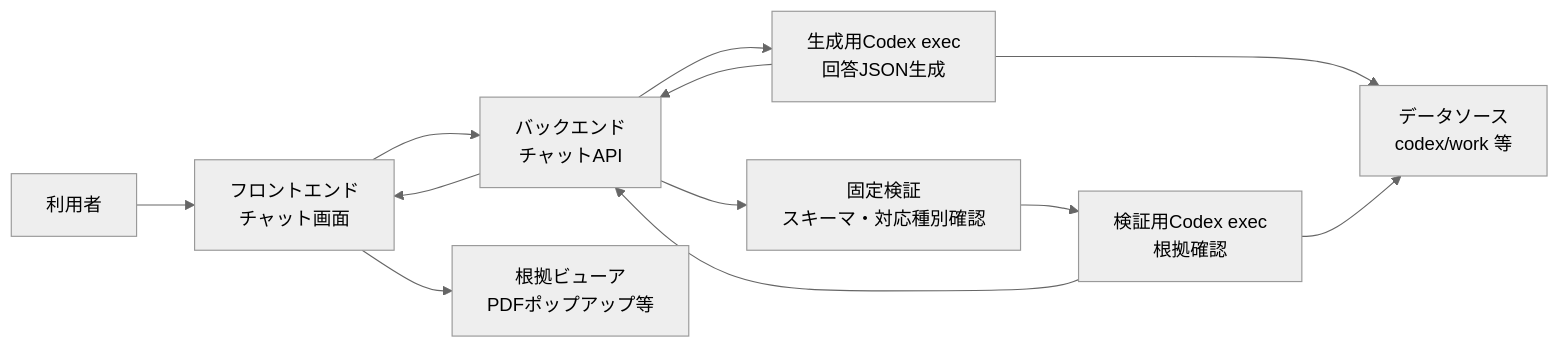
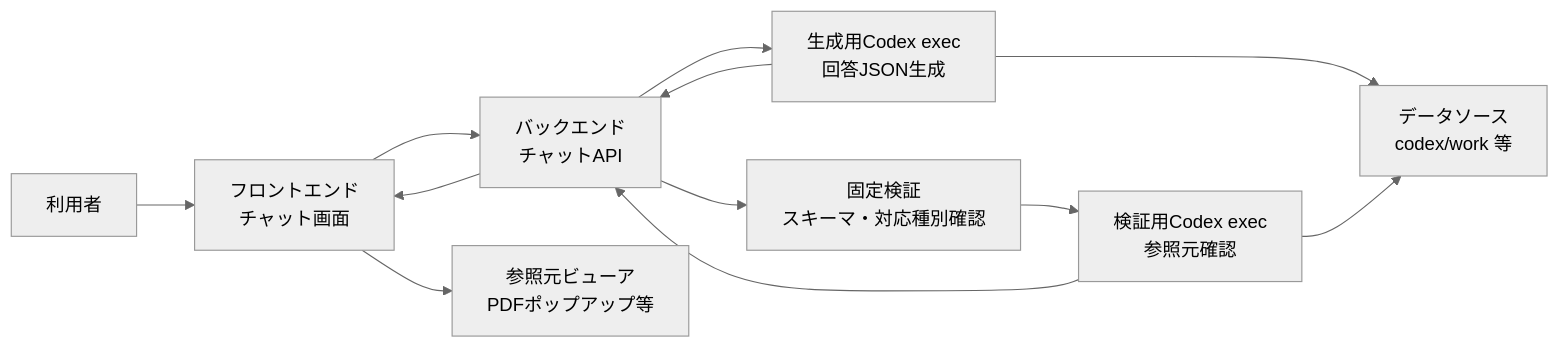
Before and after one commit to mincsys/D-Concierge: the first of 3 diagrams in docs/01_要件定義/MVP要件定義.md, drawn with Mermaid (neutral theme). The commit also changed other lines of this file and 5 other files, not shown here.

````diff
--- a/docs/01_要件定義/MVP要件定義.md
+++ b/docs/01_要件定義/MVP要件定義.md
@@ -86,14 +86,14 @@
 ```mermaid
 flowchart LR
   User["利用者"] --> Frontend["フロントエンド<br>チャット画面"]
   Frontend --> Backend["バックエンド<br>チャットAPI"]
   Backend --> GenCodex["生成用Codex exec<br>回答JSON生成"]
   GenCodex --> DataSource["データソース<br>codex/work 等"]
   GenCodex --> Backend
   Backend --> FixedValidation["固定検証<br>スキーマ・対応種別確認"]
-  FixedValidation --> ValidateCodex["検証用Codex exec<br>根拠確認"]
+  FixedValidation --> ValidateCodex["検証用Codex exec<br>参照元確認"]
   ValidateCodex --> DataSource
   ValidateCodex --> Backend
   Backend --> Frontend
-  Frontend --> EvidenceViewer["根拠ビューア<br>PDFポップアップ等"]
+  Frontend --> ReferenceViewer["参照元ビューア<br>PDFポップアップ等"]
 ```
````
